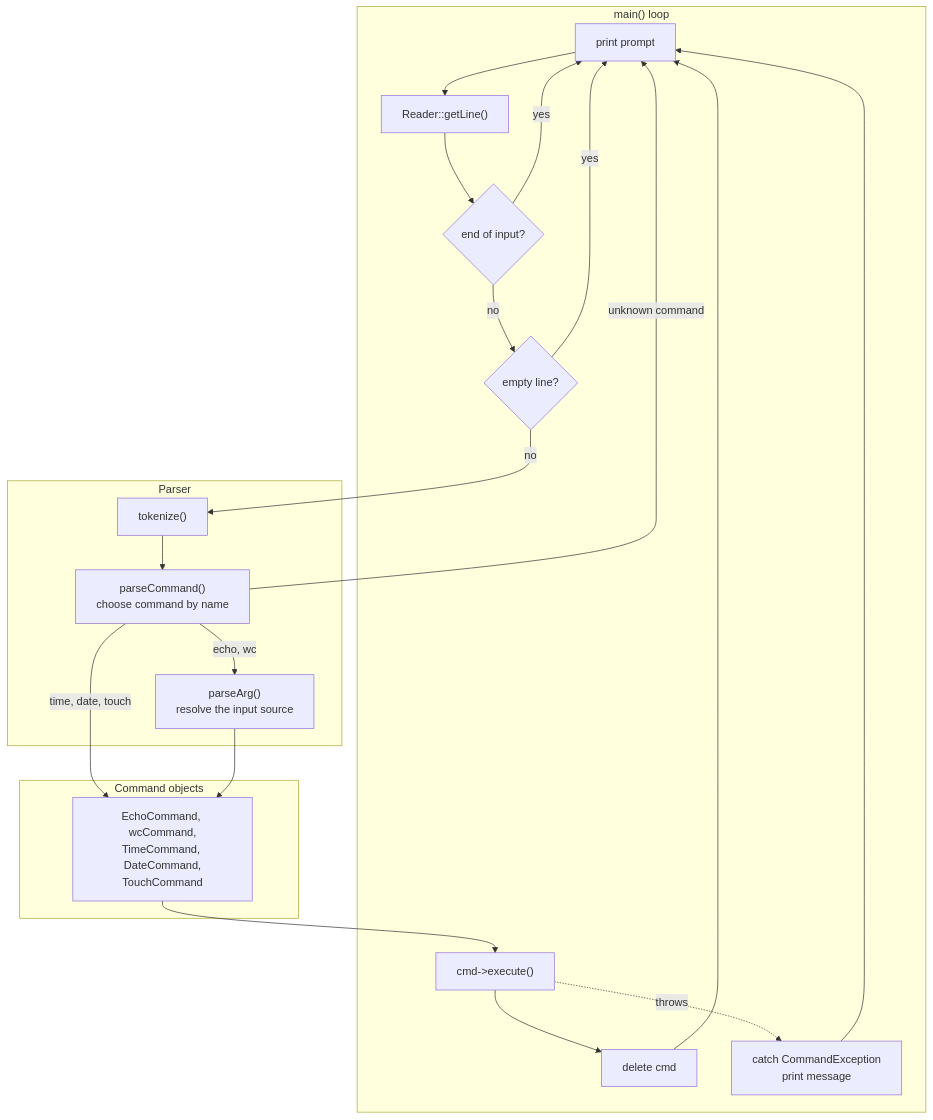
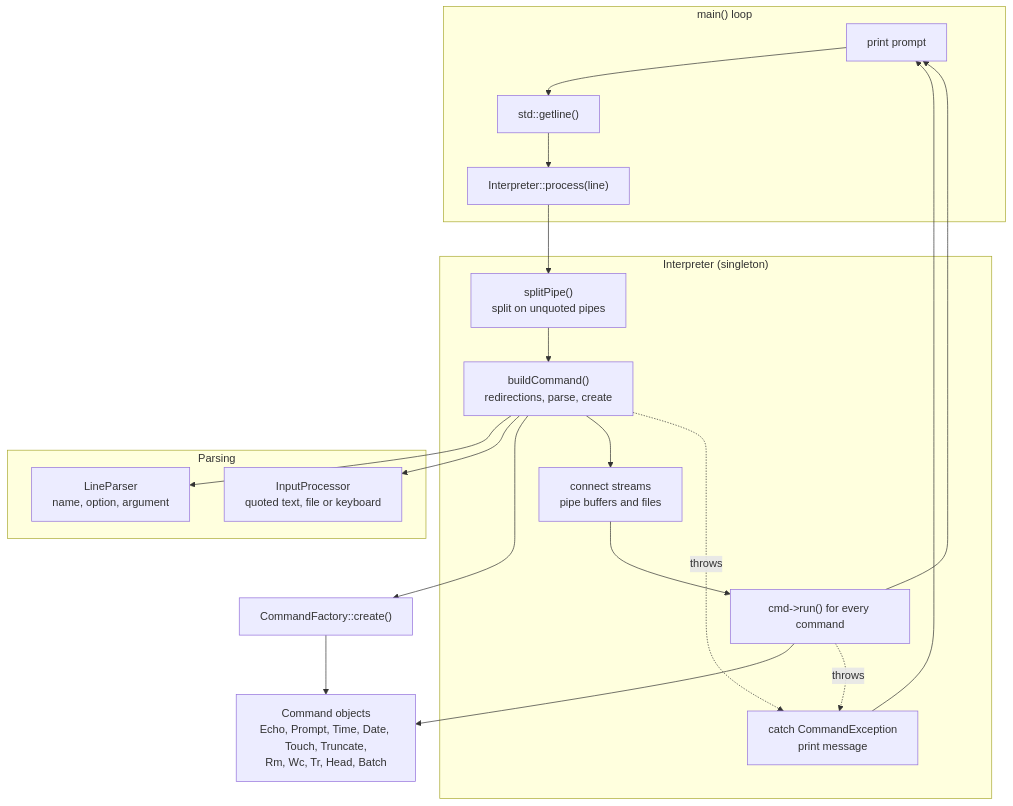
The first of 3 diagrams in README.md (zoki8/TerminalProject), drawn with Mermaid before and after one commit. The commit also changed other lines of this file and 40 other files, not shown here.

````diff
--- a/README.md
+++ b/README.md
@@ -114,39 +120,40 @@
 ```mermaid
 flowchart TD
     subgraph MAIN["main() loop"]
         PROMPT["print prompt"]
-        READ["Reader::getLine()"]
-        ISEOF{"end of input?"}
-        EMPTY{"empty line?"}
-        RUN["cmd->execute()"]
-        FREE["delete cmd"]
+        READ["std::getline()"]
+        PROCESS["Interpreter::process(line)"]
+    end
+
+    subgraph INTERP["Interpreter (singleton)"]
+        SPLIT["splitPipe()<br/>split on unquoted pipes"]
+        BUILD["buildCommand()<br/>redirections, parse, create"]
+        WIRE["connect streams<br/>pipe buffers and files"]
+        RUN["cmd->run() for every command"]
         CATCH["catch CommandException<br/>print message"]
     end
 
-    subgraph PARSE["Parser"]
-        TOK["tokenize()"]
-        SELECT["parseCommand()<br/>choose command by name"]
-        ARG["parseArg()<br/>resolve the input source"]
+    subgraph PARSE["Parsing"]
+        LP["LineParser<br/>name, option, argument"]
+        IP["InputProcessor<br/>quoted text, file or keyboard"]
     end
 
-    subgraph CMDS["Command objects"]
-        CMD["EchoCommand, wcCommand,<br/>TimeCommand, DateCommand,<br/>TouchCommand"]
-    end
+    FACTORY["CommandFactory::create()"]
+    CMDS["Command objects<br/>Echo, Prompt, Time, Date, Touch, Truncate,<br/>Rm, Wc, Tr, Head, Batch"]
 
     PROMPT --> READ
-    READ --> ISEOF
-    ISEOF -->|"yes"| PROMPT
-    ISEOF -->|"no"| EMPTY
-    EMPTY -->|"yes"| PROMPT
-    EMPTY -->|"no"| TOK
-    TOK --> SELECT
-    SELECT -->|"unknown command"| PROMPT
-    SELECT -->|"echo, wc"| ARG
-    SELECT -->|"time, date, touch"| CMD
-    ARG --> CMD
-    CMD --> RUN
-    RUN --> FREE
-    FREE --> PROMPT
+    READ --> PROCESS
+    PROCESS --> SPLIT
+    SPLIT --> BUILD
+    BUILD --> LP
+    BUILD --> IP
+    BUILD --> FACTORY
+    FACTORY --> CMDS
+    BUILD --> WIRE
+    WIRE --> RUN
+    RUN --> CMDS
     RUN -.->|"throws"| CATCH
+    BUILD -.->|"throws"| CATCH
+    RUN --> PROMPT
     CATCH --> PROMPT
 ```
````
